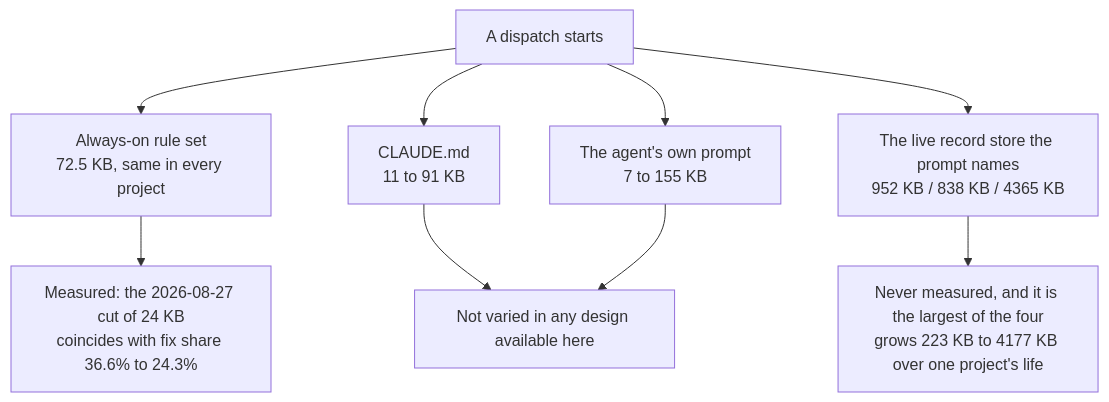
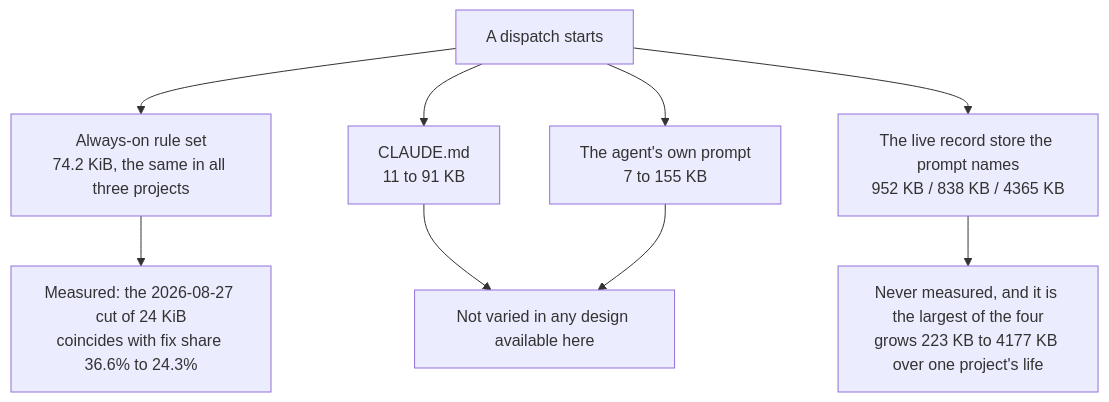
Diagram 16 of 19 in fusion-workbench/shared/analyses/260909-1047-size-versus-bookkeeping-across-three-projects.md (tenzoki/fusion), drawn with Mermaid before and after one commit. The commit also changed other lines of this file and 1 other file, not shown here.

````diff
--- a/fusion-workbench/shared/analyses/260909-1047-size-versus-bookkeeping-across-three-projects.md
+++ b/fusion-workbench/shared/analyses/260909-1047-size-versus-bookkeeping-across-three-projects.md
@@ -486,11 +517,11 @@
 ```mermaid
 flowchart TD
-    D["A dispatch starts"] --> R["Always-on rule set<br/>72.5 KB, same in every project"]
+    D["A dispatch starts"] --> R["Always-on rule set<br/>74.2 KiB, the same in all three projects"]
     D --> C["CLAUDE.md<br/>11 to 91 KB"]
     D --> A["The agent's own prompt<br/>7 to 155 KB"]
     D --> S["The live record store the prompt names<br/>952 KB / 838 KB / 4365 KB"]
-    R --> M["Measured: the 2026-08-27 cut of 24 KB<br/>coincides with fix share 36.6% to 24.3%"]
+    R --> M["Measured: the 2026-08-27 cut of 24 KiB<br/>coincides with fix share 36.6% to 24.3%"]
     S --> U["Never measured, and it is the largest of the four<br/>grows 223 KB to 4177 KB over one project's life"]
     C --> M2["Not varied in any design available here"]
     A --> M2
 ```
````
